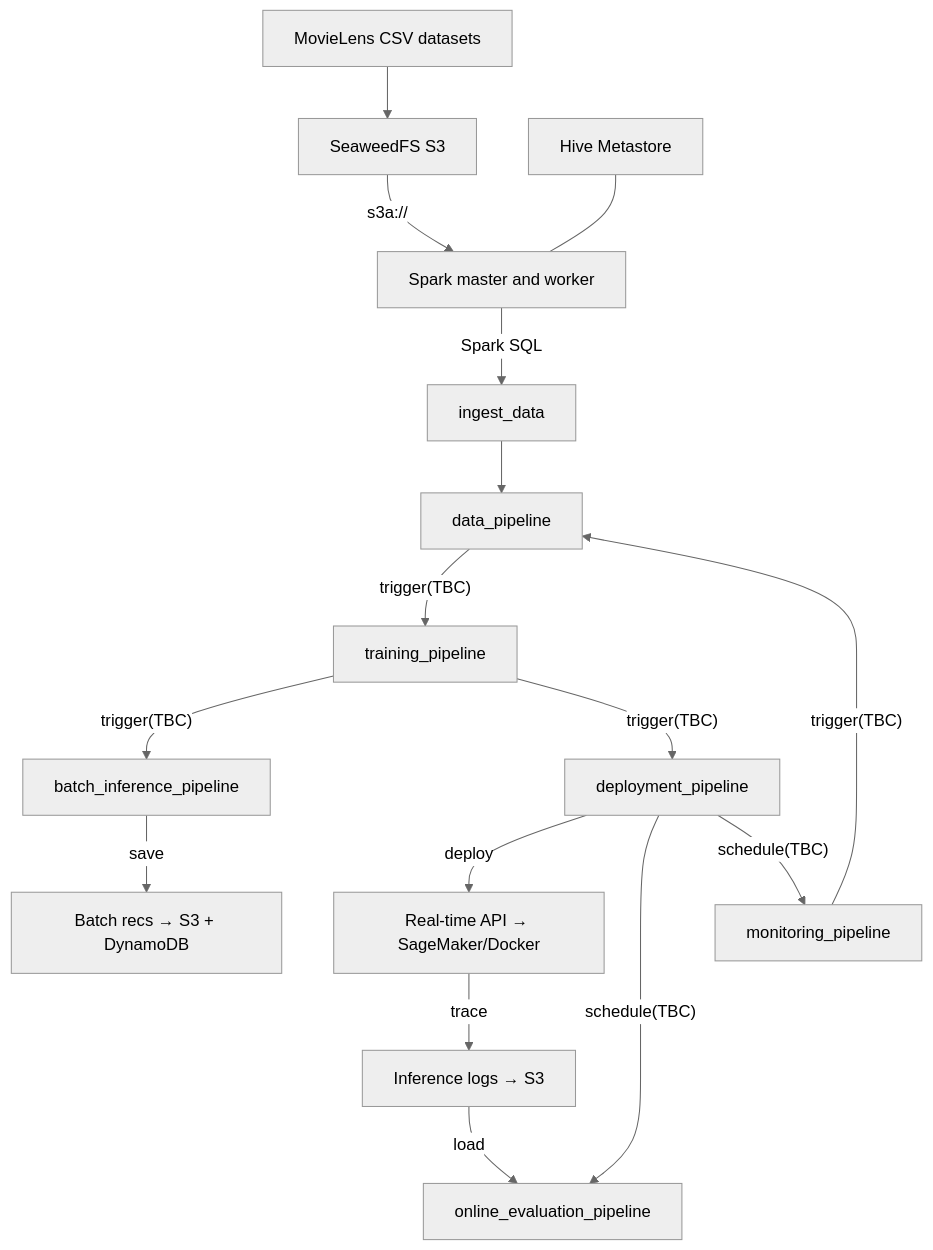
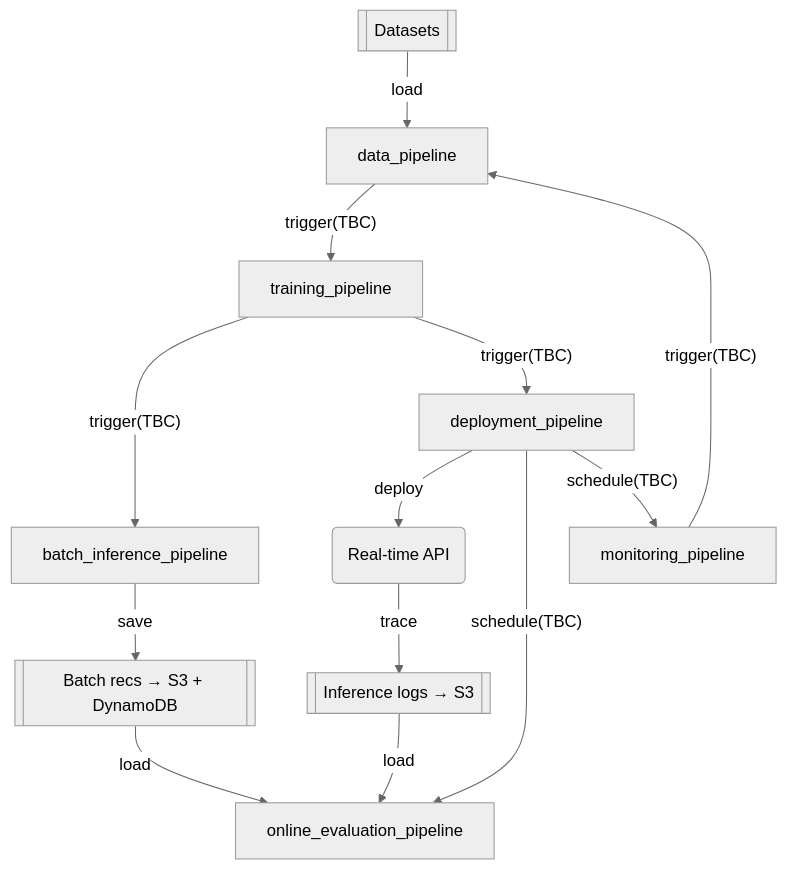
Before and after one commit to sagadana/zenml-mlops: the diagram in README.md, drawn with Mermaid (neutral theme). The commit also changed other lines of this file and 10 other files, not shown here.

````diff
--- a/README.md
+++ b/README.md
@@ -7,18 +7,15 @@
 ```mermaid
 graph TD
-  A[MovieLens CSV datasets] --> W[SeaweedFS S3]
-  W -->|s3a://| S[Spark master and worker]
-  H[Hive Metastore] --- S
-  S -->|Spark SQL| I[ingest_data]
-  I --> D[data_pipeline]
+  DS[[Datasets]] -->|load| D[data_pipeline]
     D -->|"trigger(TBC)"| T[training_pipeline]
     T -->|"trigger(TBC)"| BI[batch_inference_pipeline]
     T -->|"trigger(TBC)"| DP[deployment_pipeline]
-    BI -->|"save"| B[Batch recs → S3 + DynamoDB]
-    DP -->|"deploy"| R[Real-time API → SageMaker/Docker]
-    R -->|trace| L[Inference logs → S3]
+    BI -->|"save"| B[[Batch recs → S3 + DynamoDB]]
+    DP -->|"deploy"| R(Real-time API)
+    R -->|trace| L[[Inference logs → S3]]
     L -->|load| OE[online_evaluation_pipeline]
+    B -->|load| OE[online_evaluation_pipeline]
     DP -->|"schedule(TBC)"| OE
     DP -->|"schedule(TBC)"| M[monitoring_pipeline]
     M -->|"trigger(TBC)"| D
 ```
````
